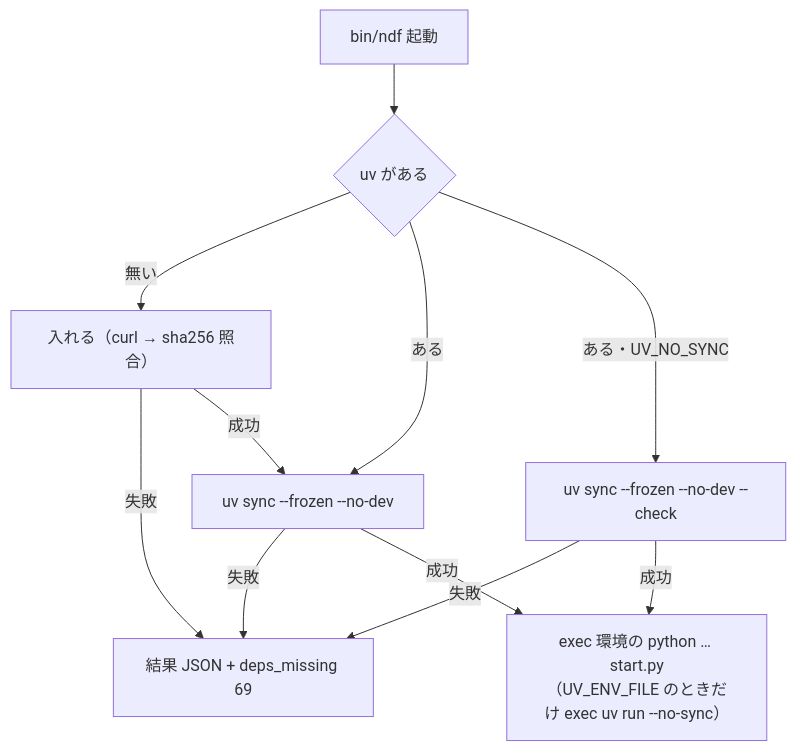
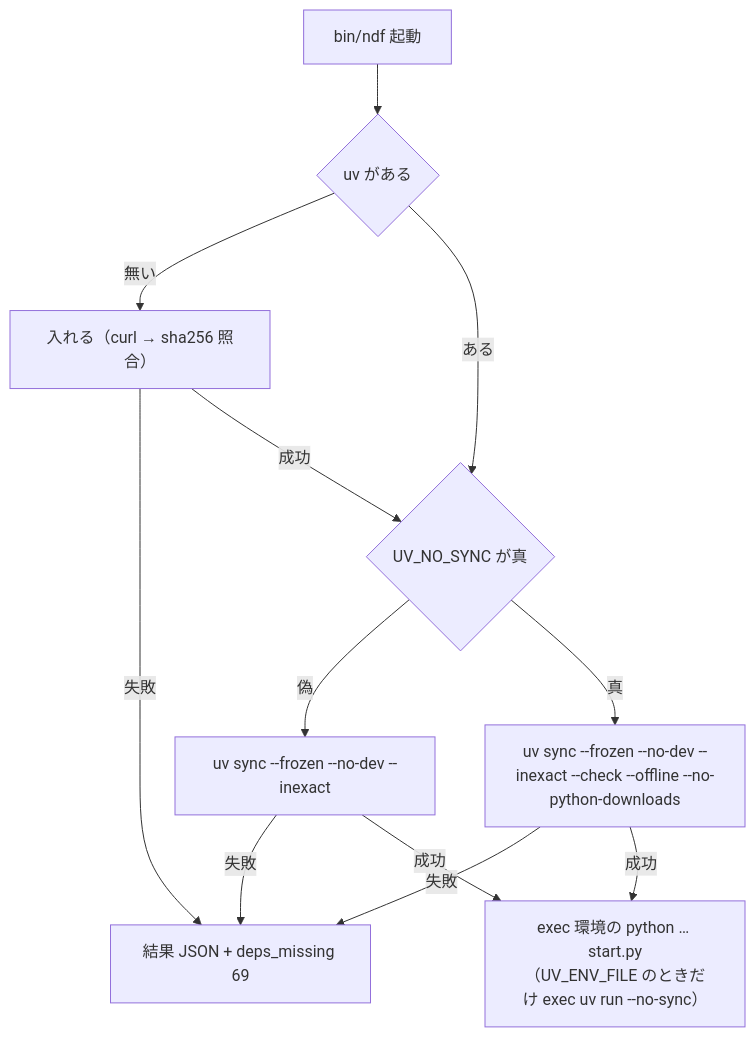
One commit to devbasex/ai-plugins changed the fifth of 5 diagrams in issues/issue-3687-design.md. Above: the diagram before and after it, drawn with Mermaid. The commit also changed 4 other files, not shown here.

Commit message:
Fix: #3687 同期を inexact にし、UV_NO_SYNC の確かめをネットワークと Python の取得から切り、真偽の判定を組み込みで行う

````diff
--- a/issues/issue-3687-design.md
+++ b/issues/issue-3687-design.md
@@ -289,13 +289,14 @@
 ```mermaid
 flowchart TB
   S["bin/ndf 起動"] --> U{"uv がある"}
   U -->|無い| I["入れる（curl → sha256 照合）"]
   I -->|失敗| E["結果 JSON + deps_missing 69"]
-  U -->|ある| Y["uv sync --frozen --no-dev"]
-  I -->|成功| Y
+  U -->|ある| N{"UV_NO_SYNC が真"}
+  I -->|成功| N
+  N -->|偽| Y["uv sync --frozen --no-dev --inexact"]
   Y -->|失敗| E
-  U -->|ある・UV_NO_SYNC| C["uv sync --frozen --no-dev --check"]
+  N -->|真| C["uv sync --frozen --no-dev --inexact --check --offline --no-python-downloads"]
   C -->|失敗| E
   C -->|成功| X
   Y -->|成功| X["exec 環境の python … start.py<br/>（UV_ENV_FILE のときだけ exec uv run --no-sync）"]
 ```
````
